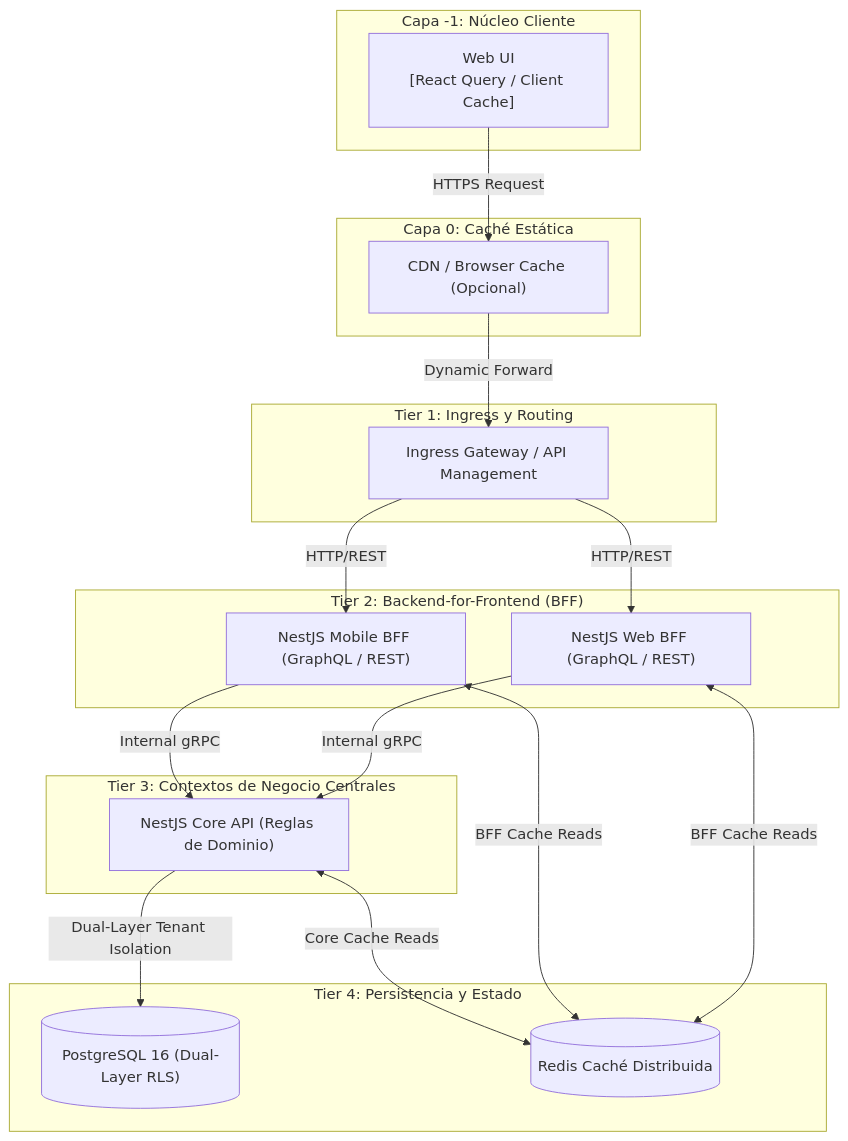
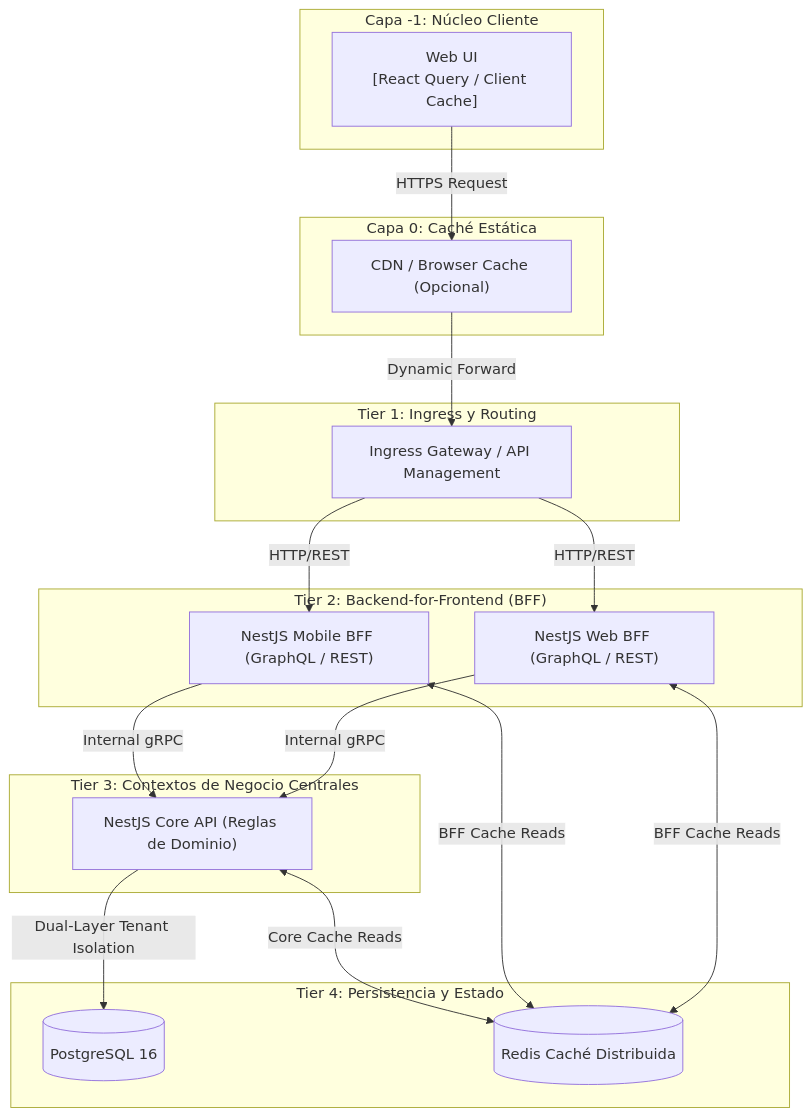
Before and after one commit to unimar-peru/unimar-arch-vendors: the second of 3 diagrams in estandar/reference/architecture/blueprints/especificacion-topologia-c4.es.md, drawn with Mermaid. The commit also changed 21 other files, not shown here.

````diff
--- a/estandar/reference/architecture/blueprints/especificacion-topologia-c4.es.md
+++ b/estandar/reference/architecture/blueprints/especificacion-topologia-c4.es.md
@@ -56,42 +56,42 @@
 ```mermaid
 graph TD
  subgraph ClientLayer["Capa -1: Núcleo Cliente"]
  WebClient["Web UI\n[React Query / Client Cache]"]
  end
 
  subgraph PublicEdge["Capa 0: Caché Estática"]
  CDN["CDN / Browser Cache (Opcional)"]
  end
 
  subgraph EntryLayer["Tier 1: Ingress y Routing"]
  IngressGateway["Ingress Gateway / API Management"]
  end
 
  subgraph BFFLayer["Tier 2: Backend-for-Frontend (BFF)"]
  WebBFF["NestJS Web BFF (GraphQL / REST)"]
  MobileBFF["NestJS Mobile BFF (GraphQL / REST)"]
  end
 
  subgraph ApplicationLayer["Tier 3: Contextos de Negocio Centrales"]
  MainAPI["NestJS Core API (Reglas de Dominio)"]
  end
 
  subgraph StorageLayer["Tier 4: Persistencia y Estado"]
- PostgresSQL[("PostgreSQL 16 (Dual-Layer RLS)")]
+ PostgresSQL[("PostgreSQL 16")]
  RedisCache[("Redis Caché Distribuida")]
  end
 
  WebClient -->|HTTPS Request| CDN
  CDN -->|Dynamic Forward| IngressGateway
  IngressGateway -->|HTTP/REST| WebBFF
  IngressGateway -->|HTTP/REST| MobileBFF
 
  WebBFF <-->|BFF Cache Reads| RedisCache
  WebBFF -->|Internal gRPC| MainAPI
 
  MobileBFF <-->|BFF Cache Reads| RedisCache
  MobileBFF -->|Internal gRPC| MainAPI
 
  MainAPI -->|Dual-Layer Tenant Isolation| PostgresSQL
  MainAPI <-->|Core Cache Reads| RedisCache
 ```
````
